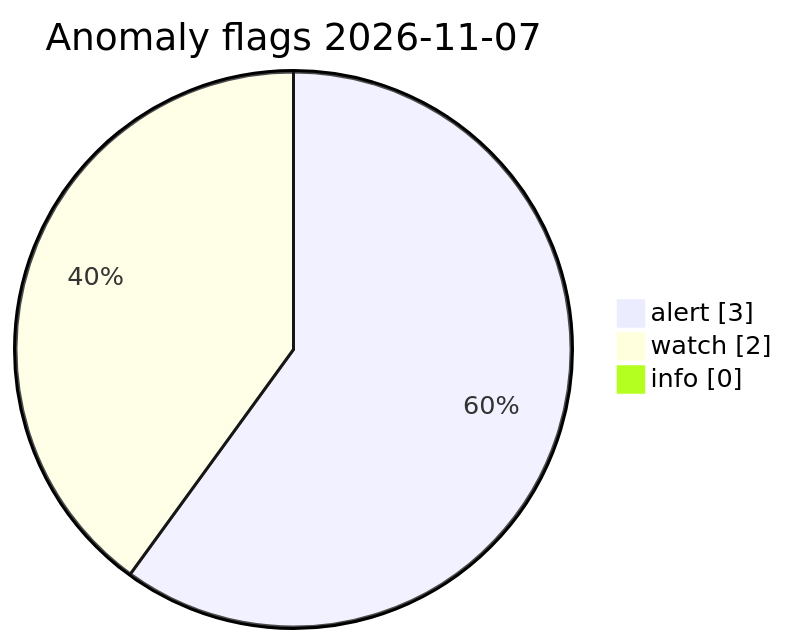
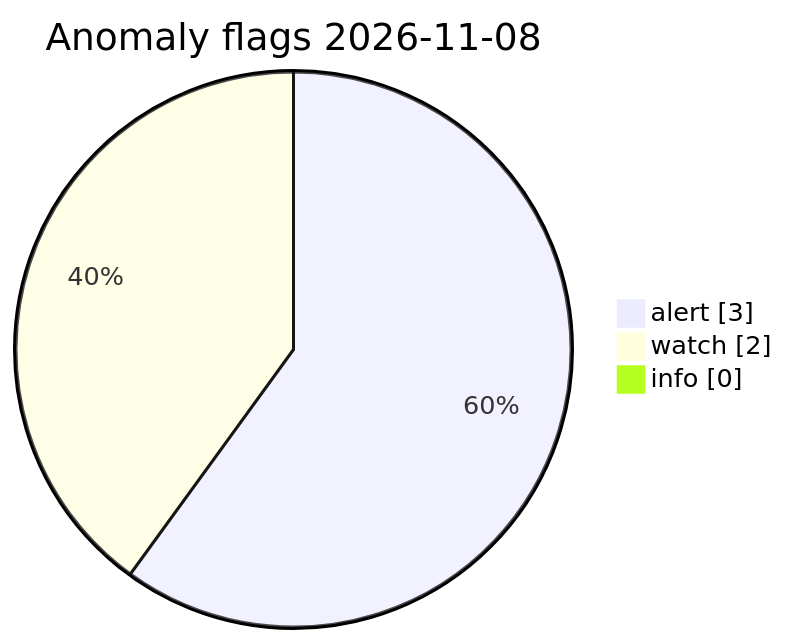
Before and after one commit to Midwest-Stratospheric/Unified-Open-Global-Weather: the diagram in visuals/latest/CHARTS.md, drawn with Mermaid. The commit also changed other lines of this file and 23 other files, not shown here.

Commit message:
data(visuals): automated charts 2026-11-08T11:38Z

````diff
--- a/visuals/latest/CHARTS.md
+++ b/visuals/latest/CHARTS.md
@@ -73,7 +73,7 @@
 ```mermaid
 pie showData
-  title Anomaly flags 2026-11-07
+  title Anomaly flags 2026-11-08
   "alert" : 3
   "watch" : 2
   "info" : 0
 ```
````
